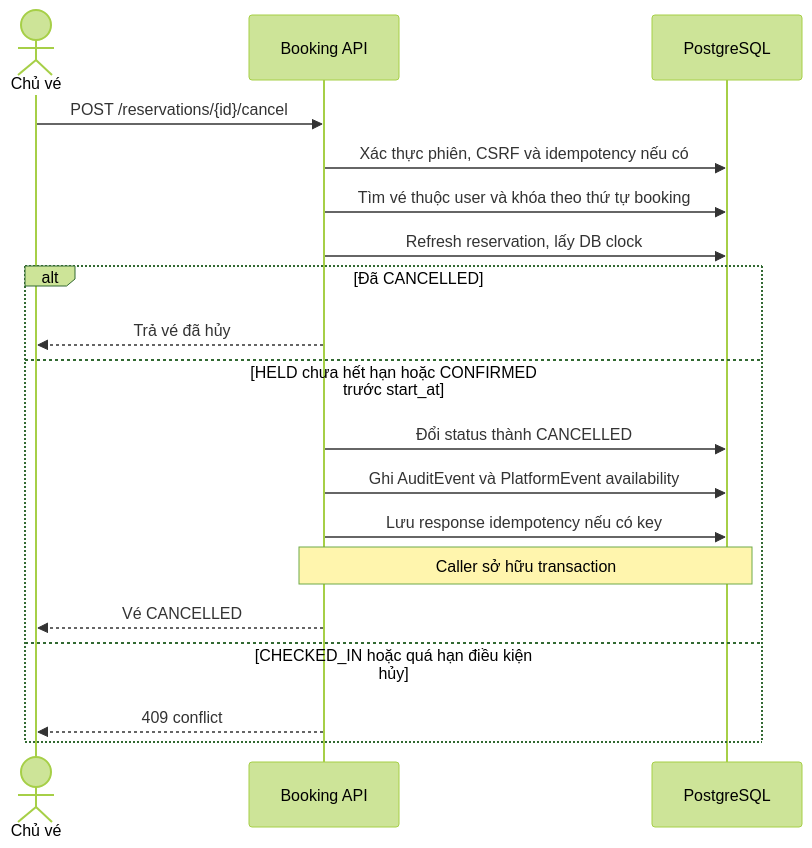
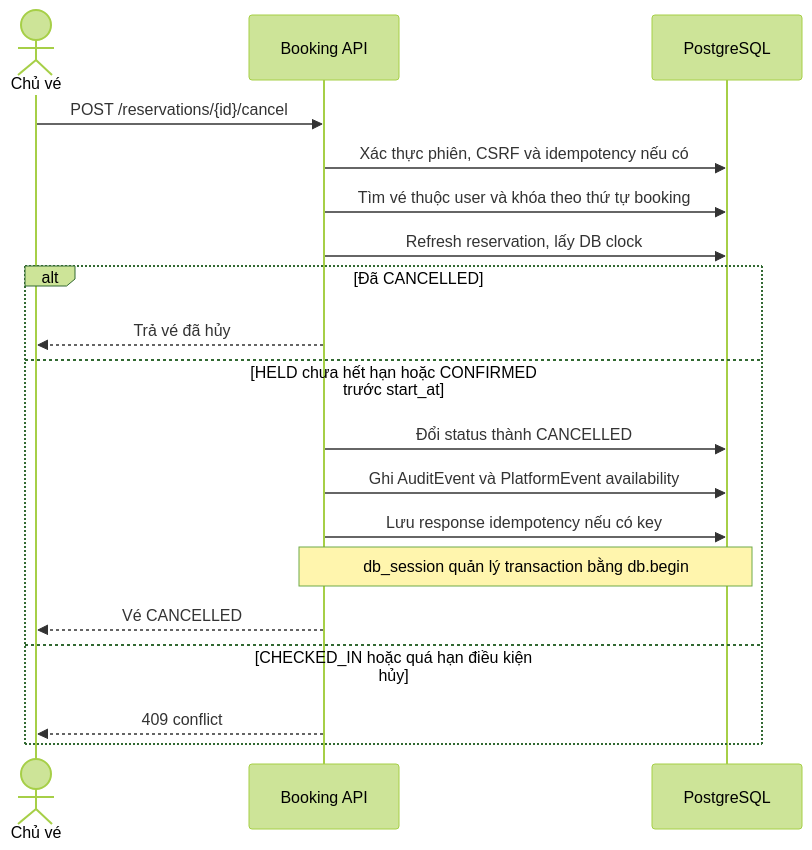
Before and after one commit to tuanngthuet/CloudCompuAssignment: the diagram in docs/assessment/architecture/a3/diagrams/sequence-03-cancel.mmd, drawn with Mermaid (forest theme). The commit also changed 33 other files, not shown here.

Commit message:
docs(A3): update diagrams and verify HTTP transactions and worker ack

```diff
--- a/docs/assessment/architecture/a3/diagrams/sequence-03-cancel.mmd
+++ b/docs/assessment/architecture/a3/diagrams/sequence-03-cancel.mmd
@@ -1,19 +1,19 @@
 sequenceDiagram
     actor U as Chủ vé
     participant A as Booking API
     participant P as PostgreSQL
     U->>A: POST /reservations/{id}/cancel
     A->>P: Xác thực phiên, CSRF và idempotency nếu có
     A->>P: Tìm vé thuộc user và khóa theo thứ tự booking
     A->>P: Refresh reservation, lấy DB clock
     alt Đã CANCELLED
         A-->>U: Trả vé đã hủy
     else HELD chưa hết hạn hoặc CONFIRMED trước start_at
         A->>P: Đổi status thành CANCELLED
         A->>P: Ghi AuditEvent và PlatformEvent availability
         A->>P: Lưu response idempotency nếu có key
-        Note over A,P: Caller sở hữu transaction
+        Note over A,P: db_session quản lý transaction bằng db.begin
         A-->>U: Vé CANCELLED
     else CHECKED_IN hoặc quá hạn điều kiện hủy
         A-->>U: 409 conflict
     end
```
